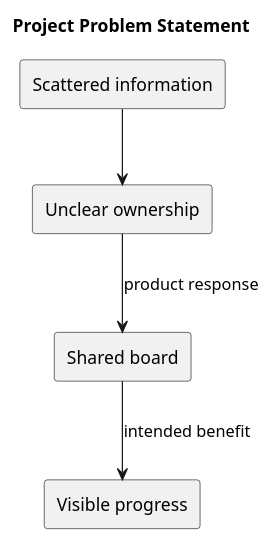
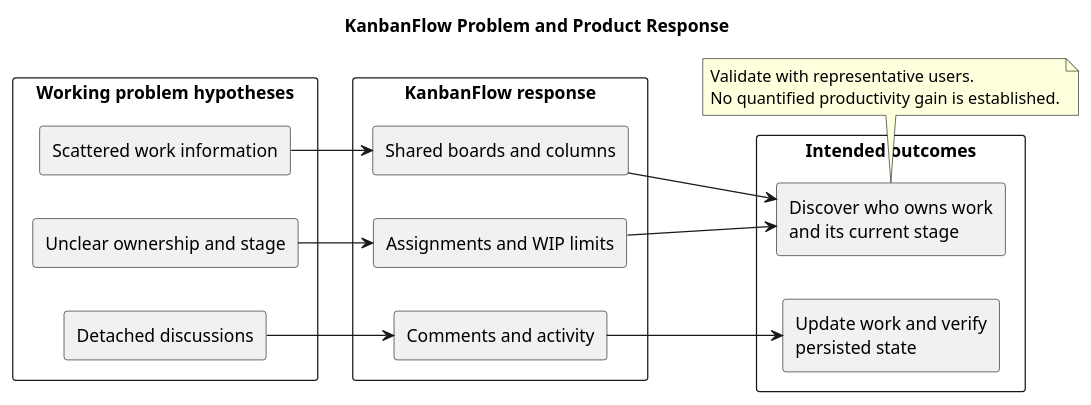
The diagram in docs/Project-Definition/diagrams/project-problem-statement.puml (Farhad-Valizadegan/Web-KanbanFlow), drawn with PlantUML before and after one commit. The commit also changed 2 other files, not shown here.

Commit message:
docs: complete KanbanFlow problem statement and validation goals

```diff
--- a/docs/Project-Definition/diagrams/project-problem-statement.puml
+++ b/docs/Project-Definition/diagrams/project-problem-statement.puml
@@ -1,10 +1,28 @@
 @startuml
-title Project Problem Statement
-rectangle "Scattered information" as A
-rectangle "Unclear ownership" as B
-rectangle "Shared board" as C
-rectangle "Visible progress" as D
-A --> B
-B --> C : product response
-C --> D : intended benefit
+title KanbanFlow Problem and Product Response
+left to right direction
+rectangle "Working problem hypotheses" {
+ rectangle "Scattered work information" as S
+ rectangle "Unclear ownership and stage" as U
+ rectangle "Detached discussions" as D
+}
+rectangle "KanbanFlow response" {
+ rectangle "Shared boards and columns" as B
+ rectangle "Assignments and WIP limits" as A
+ rectangle "Comments and activity" as C
+}
+rectangle "Intended outcomes" {
+ rectangle "Discover who owns work\nand its current stage" as O
+ rectangle "Update work and verify\npersisted state" as P
+}
+S --> B
+U --> A
+D --> C
+B --> O
+A --> O
+C --> P
+note bottom of O
+Validate with representative users.
+No quantified productivity gain is established.
+end note
 @enduml
```
